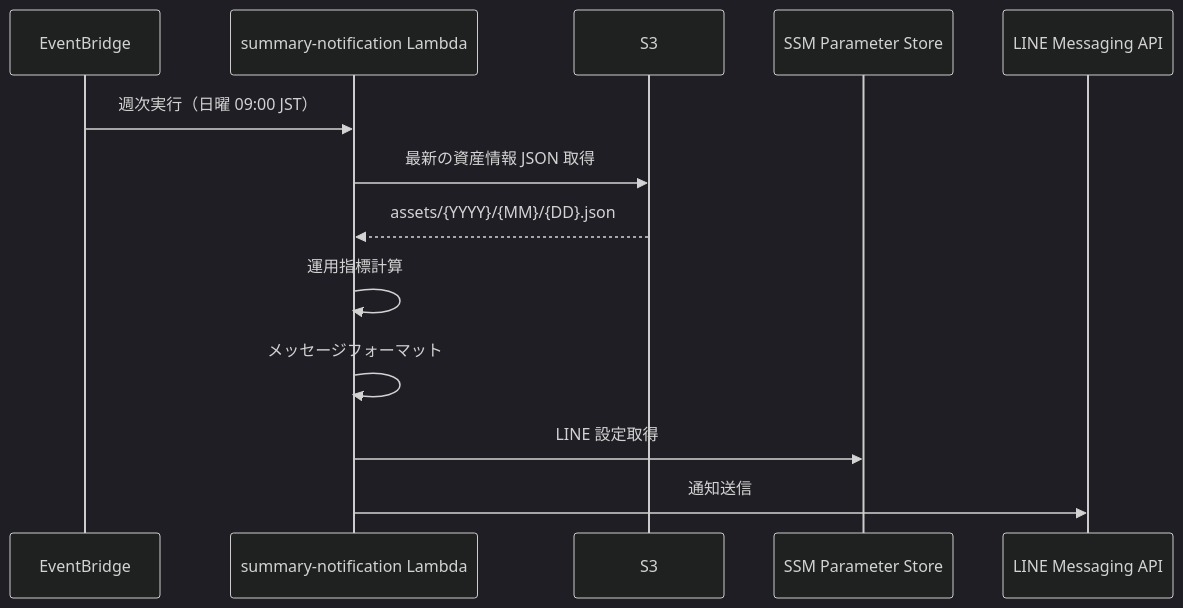
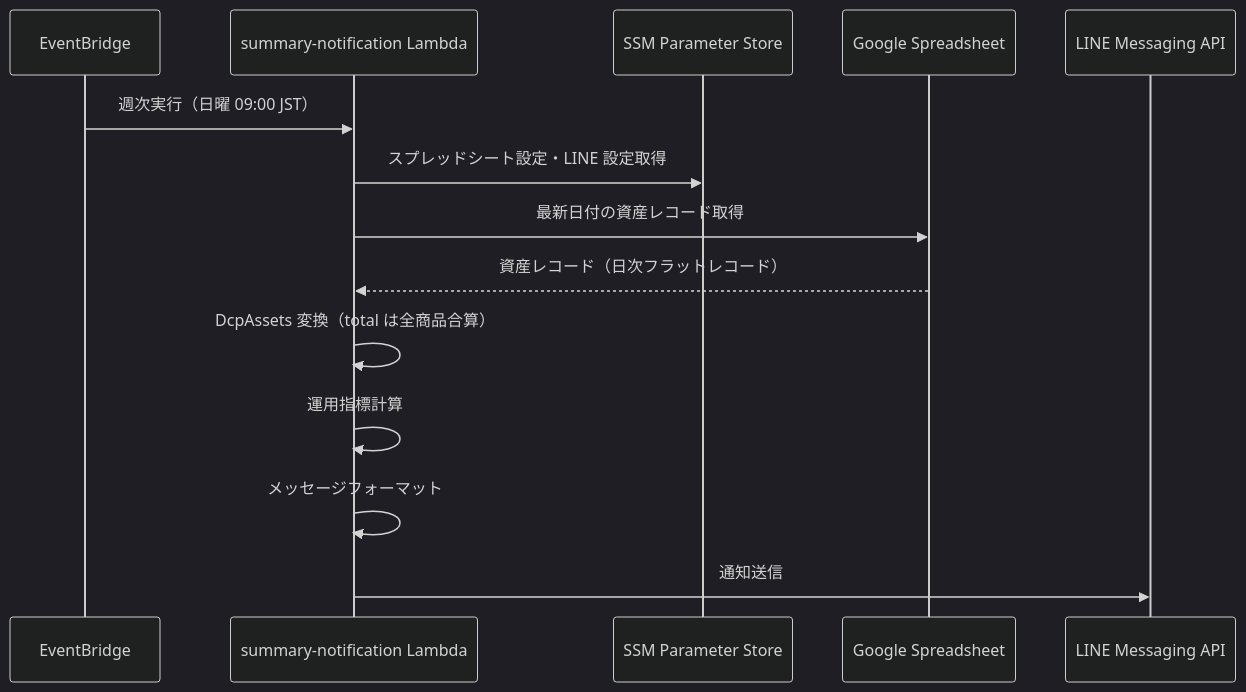
Before and after one commit to kamaD-y/dcp-ops-monitor: the second of 2 diagrams in docs/functional-design.md, drawn with Mermaid (dark theme). The commit also changed other lines of this file and 1 other file, not shown here.

````diff
--- a/docs/functional-design.md
+++ b/docs/functional-design.md
@@ -50,16 +50,17 @@
 ```mermaid
 sequenceDiagram
     participant EventBridge
     participant Lambda as summary-notification Lambda
-    participant S3
     participant SSM as SSM Parameter Store
+    participant GSheet as Google Spreadsheet
     participant LINE as LINE Messaging API
 
     EventBridge->>Lambda: 週次実行（日曜 09:00 JST）
-    Lambda->>S3: 最新の資産情報 JSON 取得
-    S3-->>Lambda: assets/{YYYY}/{MM}/{DD}.json
+    Lambda->>SSM: スプレッドシート設定・LINE 設定取得
+    Lambda->>GSheet: 最新日付の資産レコード取得
+    GSheet-->>Lambda: 資産レコード（日次フラットレコード）
+    Lambda->>Lambda: DcpAssets 変換（total は全商品合算）
     Lambda->>Lambda: 運用指標計算
     Lambda->>Lambda: メッセージフォーマット
-    Lambda->>SSM: LINE 設定取得
     Lambda->>LINE: 通知送信
 ```
````
